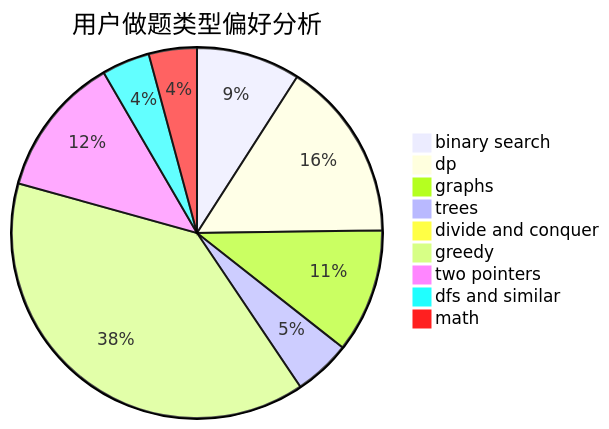
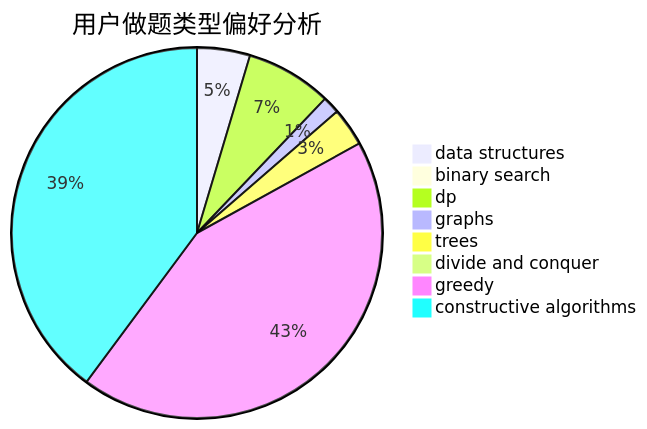
The second of 3 diagrams in docs/user/u1658.md (sherpahu/cfrs.github.io), drawn with Mermaid before and after one commit. The commit also changed other lines of this file and 2775 other files, not shown here.

````diff
--- a/docs/user/u1658.md
+++ b/docs/user/u1658.md
@@ -23,12 +23,11 @@
 ```mermaid
 pie title 用户做题类型偏好分析
-    "binary search" :  93
-    "dp" :  161
-    "graphs" :  111
-    "trees" :  51
-    "divide and conquer" :  10
-    "greedy" :  397
-    "two pointers" :  126
-    "dfs and similar" :  43
-    "math" :  43
+    "data structures" :  40
+    "binary search" :  6
+    "dp" :  65
+    "graphs" :  13
+    "trees" :  29
+    "divide and conquer" :  8
+    "greedy" :  374
+    "constructive algorithms" :  345
 ```
````
